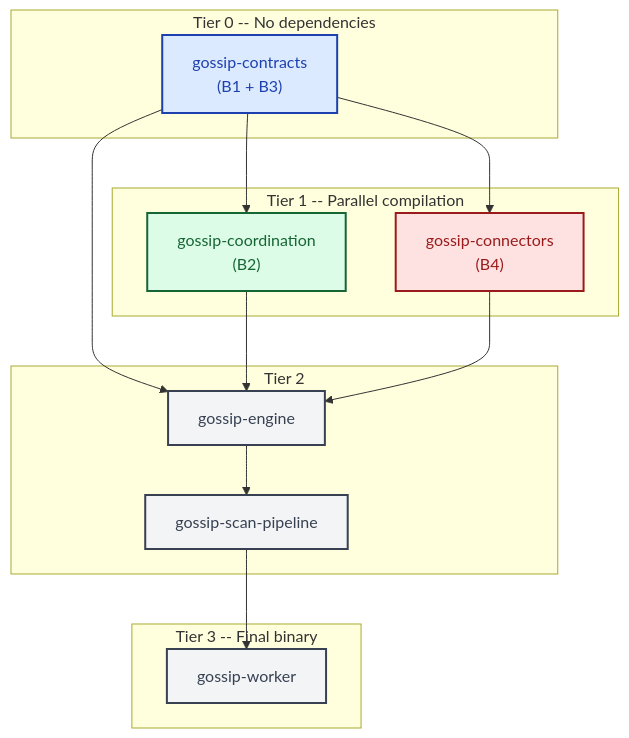
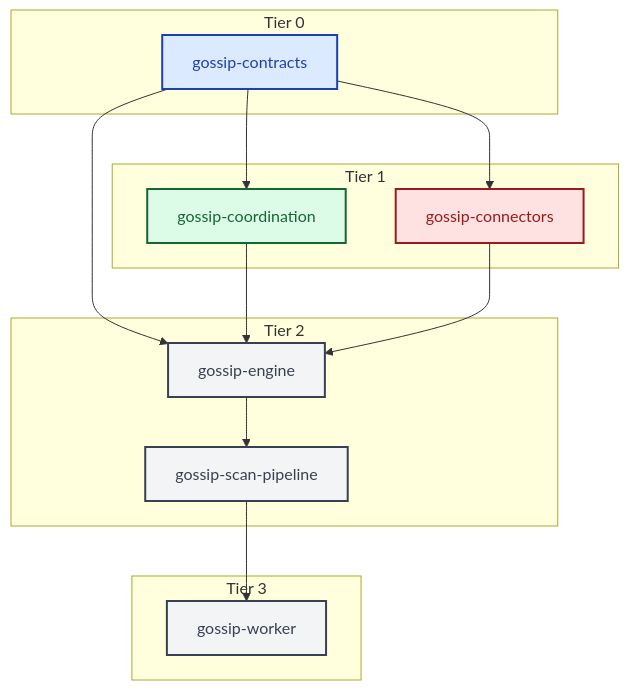
The fourth of 4 diagrams in diagrams/01-system-overview.md (ahrav/Gossip-rs), drawn with Mermaid before and after one commit. The commit also changed other lines of this file and 11 other files, not shown here.

````diff
--- a/diagrams/01-system-overview.md
+++ b/diagrams/01-system-overview.md
@@ -228,36 +210,36 @@
 ```mermaid
 %% Diagram: build-dag
 graph TD
-    subgraph "Tier 0 -- No dependencies"
-        contracts["gossip-contracts<br/>(B1 + B3)"]
+    subgraph "Tier 0"
+        contracts["gossip-contracts"]
     end
 
-    subgraph "Tier 1 -- Parallel compilation"
-        coordination["gossip-coordination<br/>(B2)"]
-        connectors["gossip-connectors<br/>(B4)"]
+    subgraph "Tier 1"
+        coordination["gossip-coordination"]
+        connectors["gossip-connectors"]
     end
 
     subgraph "Tier 2"
         engine["gossip-engine"]
         pipeline["gossip-scan-pipeline"]
     end
 
-    subgraph "Tier 3 -- Final binary"
+    subgraph "Tier 3"
         worker["gossip-worker"]
     end
 
     contracts --> coordination
     contracts --> connectors
     contracts --> engine
     coordination --> engine
     connectors --> engine
     engine --> pipeline
     pipeline --> worker
 
     style contracts fill:#DBEAFE,stroke:#1E40AF,stroke-width:2px,color:#1E40AF
     style coordination fill:#DCFCE7,stroke:#166534,stroke-width:2px,color:#166534
     style connectors fill:#FEE2E2,stroke:#991B1B,stroke-width:2px,color:#991B1B
     style engine fill:#F3F4F6,stroke:#374151,stroke-width:2px,color:#374151
     style pipeline fill:#F3F4F6,stroke:#374151,stroke-width:2px,color:#374151
     style worker fill:#F3F4F6,stroke:#374151,stroke-width:2px,color:#374151
 ```
````
